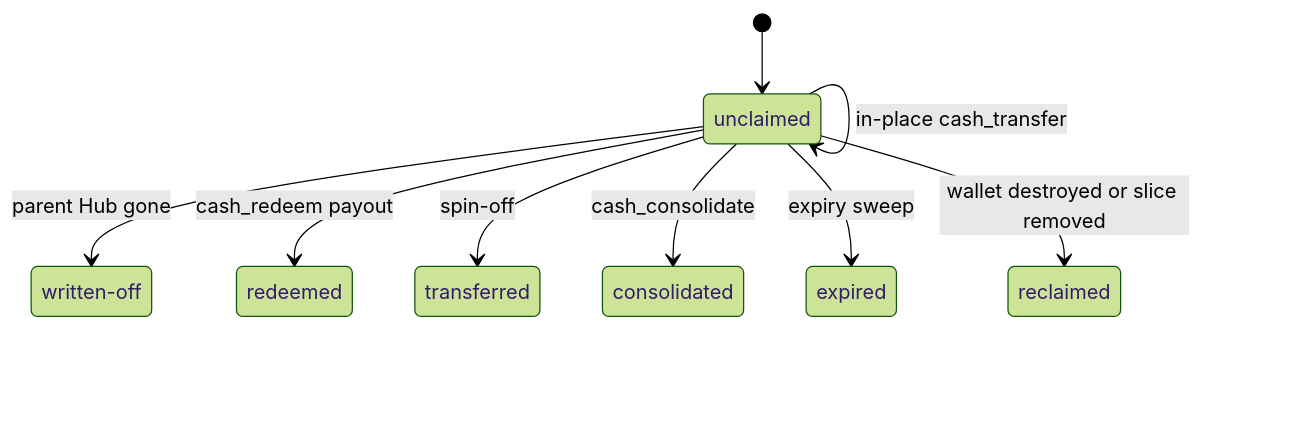
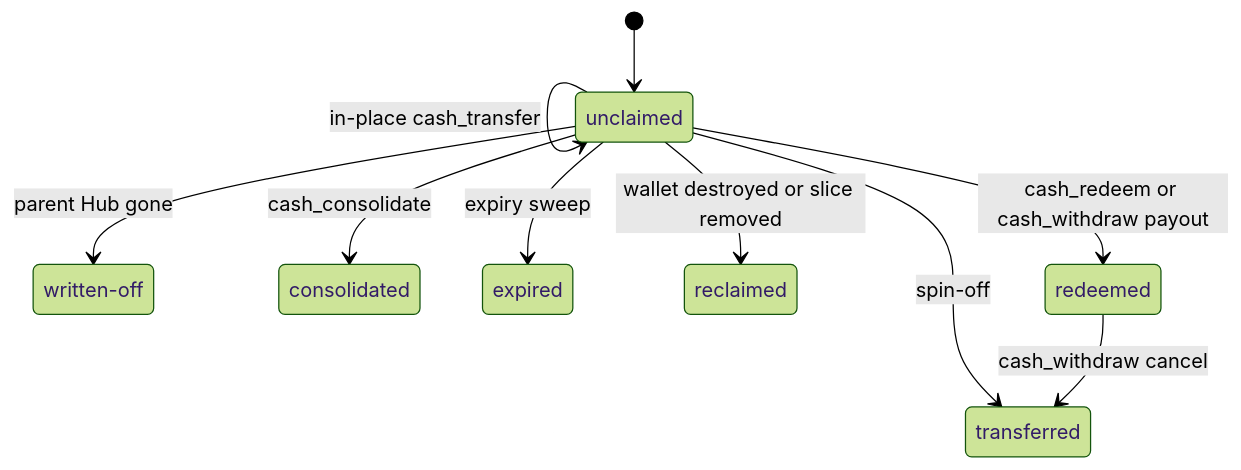
One commit to ohstr/nips changed the sixth of 6 diagrams in NIP-CASH.md. Above: the diagram before and after it, drawn with Mermaid (forest theme). The commit also changed other lines of this file, not shown here.

Commit message:
docs(nip-cash): add on-chain redemption with cash_withdraw_quote and cash_withdraw

````diff
--- a/NIP-CASH.md
+++ b/NIP-CASH.md
@@ -2695,12 +3057,13 @@
 ```mermaid
 stateDiagram-v2
     state "written-off" as written_off
     [*] --> unclaimed
     unclaimed --> unclaimed: in-place cash_transfer
-    unclaimed --> redeemed: cash_redeem payout
+    unclaimed --> redeemed: cash_redeem or cash_withdraw payout
     unclaimed --> transferred: spin-off
     unclaimed --> consolidated: cash_consolidate
     unclaimed --> expired: expiry sweep
     unclaimed --> reclaimed: wallet destroyed or slice removed
     unclaimed --> written_off: parent Hub gone
+    redeemed --> transferred: cash_withdraw cancel
 ```
````
